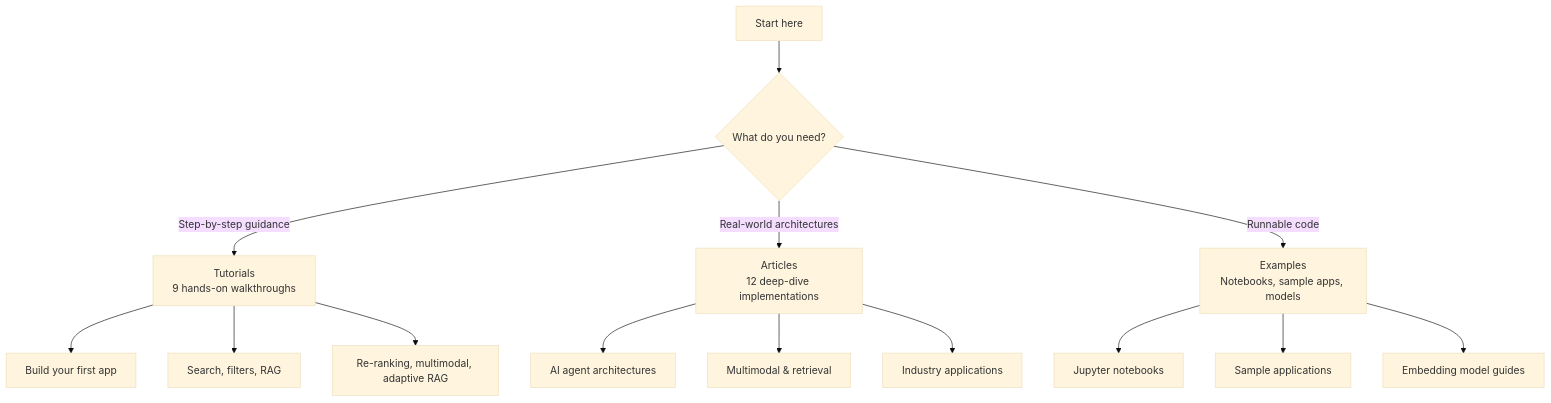
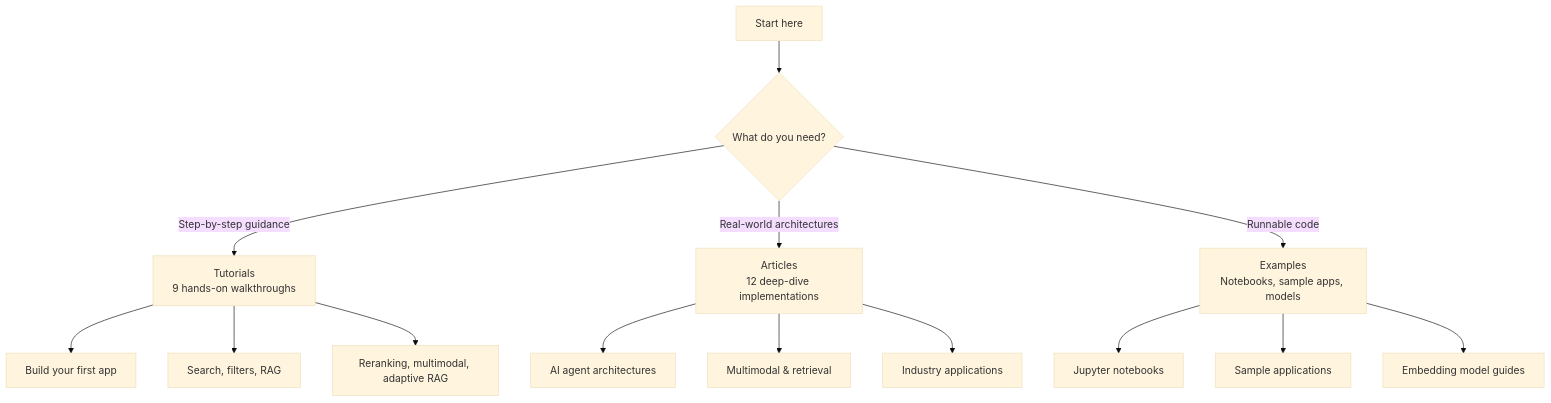
Before and after one commit to ActianCorp/vectorai-db-docs: the diagram in academy/index.mdx, drawn with Mermaid (base theme). The commit also changed other lines of this file and 28 other files, not shown here.

````diff
--- a/academy/index.mdx
+++ b/academy/index.mdx
@@ -12,21 +12,21 @@
 ```mermaid
 %% Learning path: each branch leads to a section of the Academy
 flowchart TD
     Start[Start here] --> Q{What do you need?}
 
     Q --> |Step-by-step guidance| T["Tutorials\n9 hands-on walkthroughs"]
     Q --> |Real-world architectures| A["Articles\n12 deep-dive implementations"]
     Q --> |Runnable code| E["Examples\nNotebooks, sample apps, models"]
 
     T --> T1[Build your first app]
     T --> T2[Search, filters, RAG]
-    T --> T3[Re-ranking, multimodal, adaptive RAG]
+    T --> T3[Reranking, multimodal, adaptive RAG]
 
     A --> A1[AI agent architectures]
     A --> A2[Multimodal & retrieval]
     A --> A3[Industry applications]
 
     E --> E1[Jupyter notebooks]
     E --> E2[Sample applications]
     E --> E3[Embedding model guides]
 ```
````
